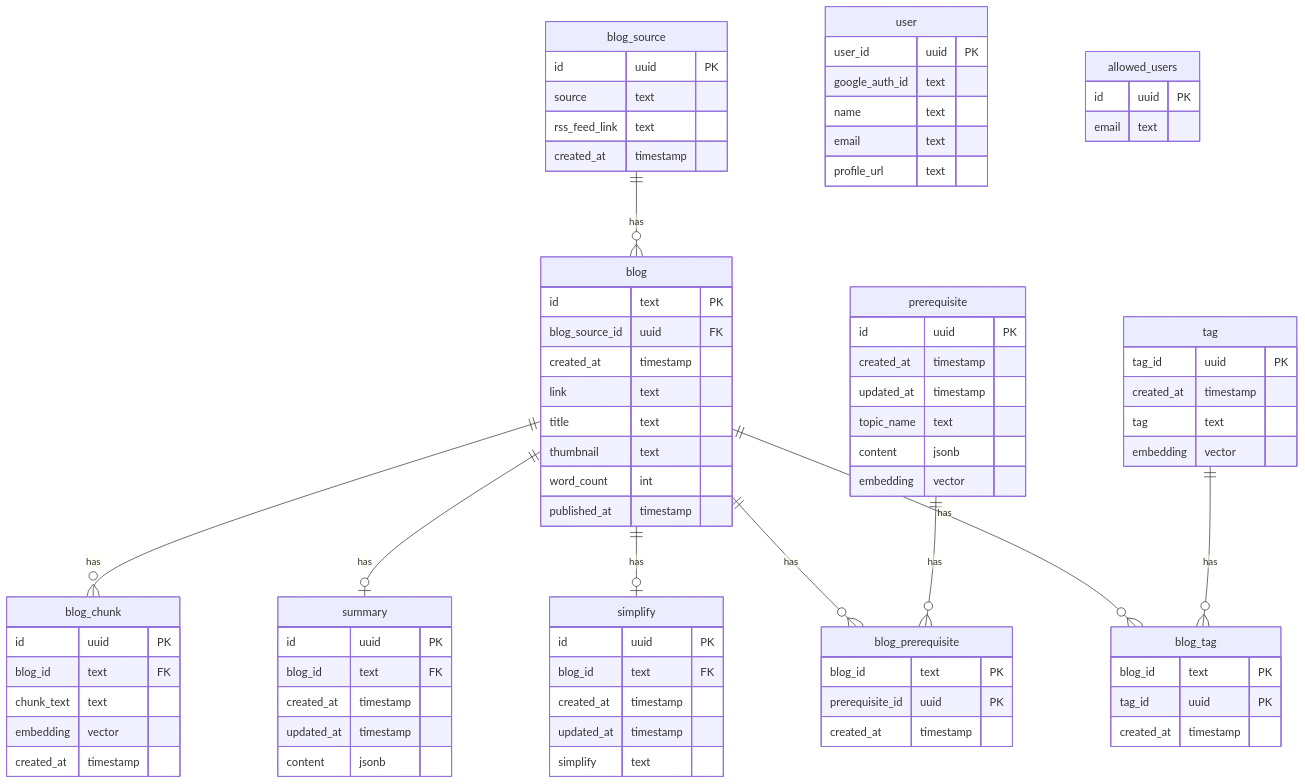
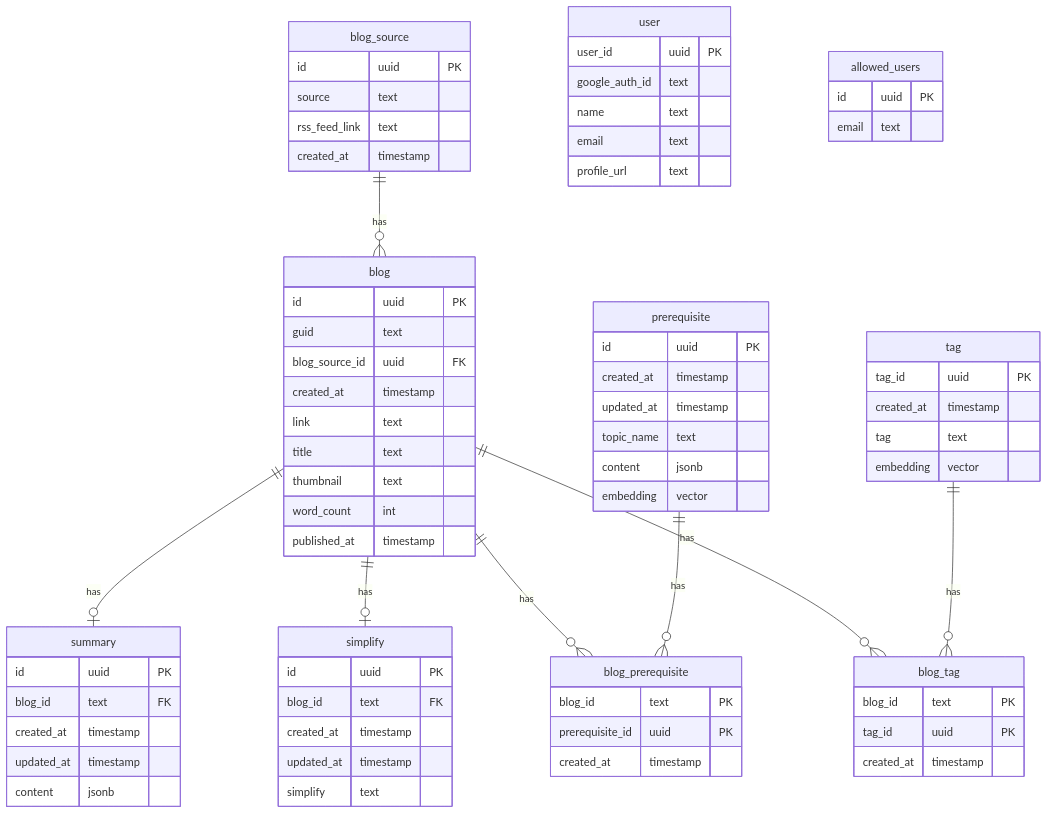
One commit to mridubhatnagar/enggfeed changed the diagram in docs/schema.md. Above: the diagram before and after it, drawn with Mermaid. The commit also changed other lines of this file and 11 other files, not shown here.

```diff
--- a/docs/schema.md
+++ b/docs/schema.md
@@ -157,7 +146,8 @@
     }
 
     blog {
-        id text PK
+        id uuid PK
+        guid text
         blog_source_id uuid FK
         created_at timestamp
         link text
@@ -165,14 +155,6 @@
         thumbnail text
         word_count int
         published_at timestamp
-    }
-
-    blog_chunk {
-        id uuid PK
-        blog_id text FK
-        chunk_text text
-        embedding vector
-        created_at timestamp
     }
 
     summary {
@@ -233,7 +215,6 @@
     }
 
     blog_source ||--o{ blog : "has"
-    blog ||--o{ blog_chunk : "has"
     blog ||--o| summary : "has"
     blog ||--o| simplify : "has"
     blog ||--o{ blog_prerequisite : "has"
```
